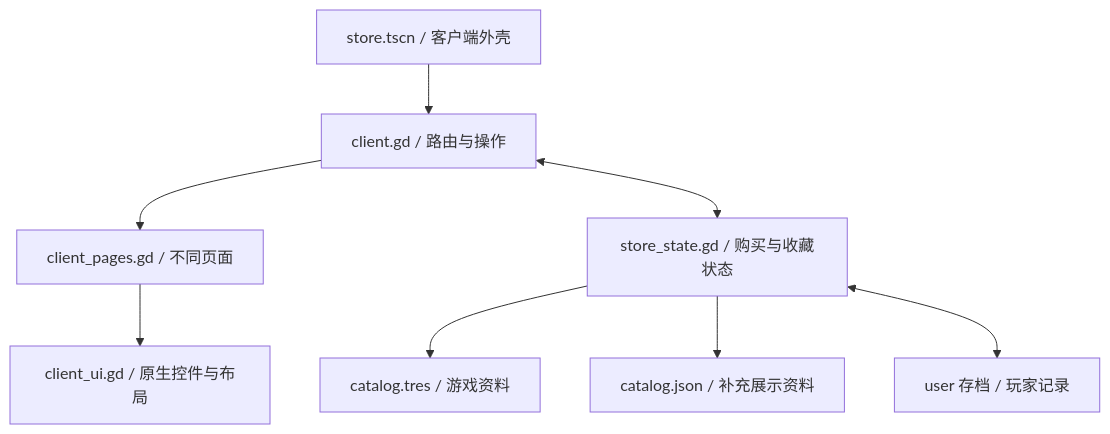
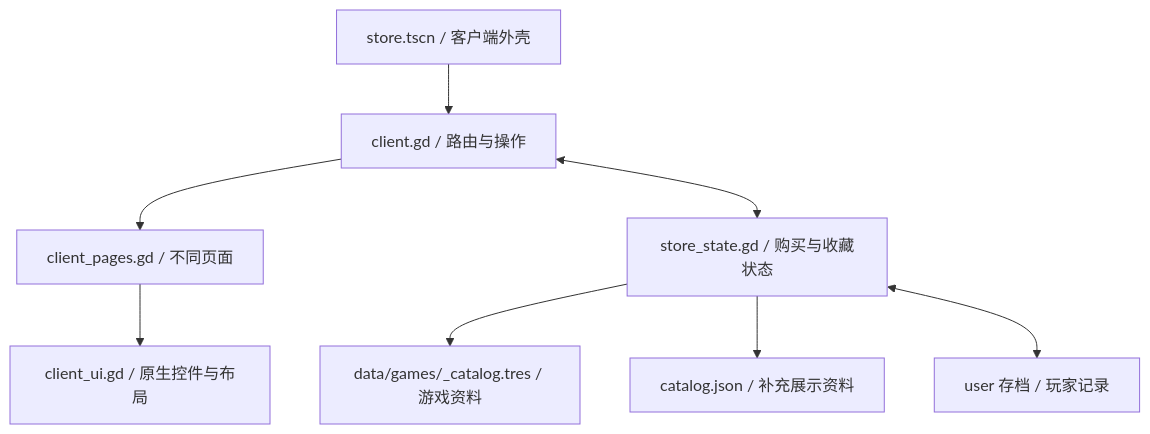
One commit to lqc19891229/GameMemoirStore changed the diagram in CLIENT_STRUCTURE.md. Above: the diagram before and after it, drawn with Mermaid. The commit also changed other lines of this file and 29 other files, not shown here.

````diff
--- a/CLIENT_STRUCTURE.md
+++ b/CLIENT_STRUCTURE.md
@@ -26,10 +26,10 @@
 ```mermaid
 flowchart TD
   A["store.tscn / 客户端外壳"] --> B["client.gd / 路由与操作"]
   B --> C["client_pages.gd / 不同页面"]
   C --> D["client_ui.gd / 原生控件与布局"]
   B <--> E["store_state.gd / 购买与收藏状态"]
-  E --> F["catalog.tres / 游戏资料"]
+  E --> F["data/games/_catalog.tres / 游戏资料"]
   E --> H["catalog.json / 补充展示资料"]
   E <--> G["user 存档 / 玩家记录"]
 ```
````
